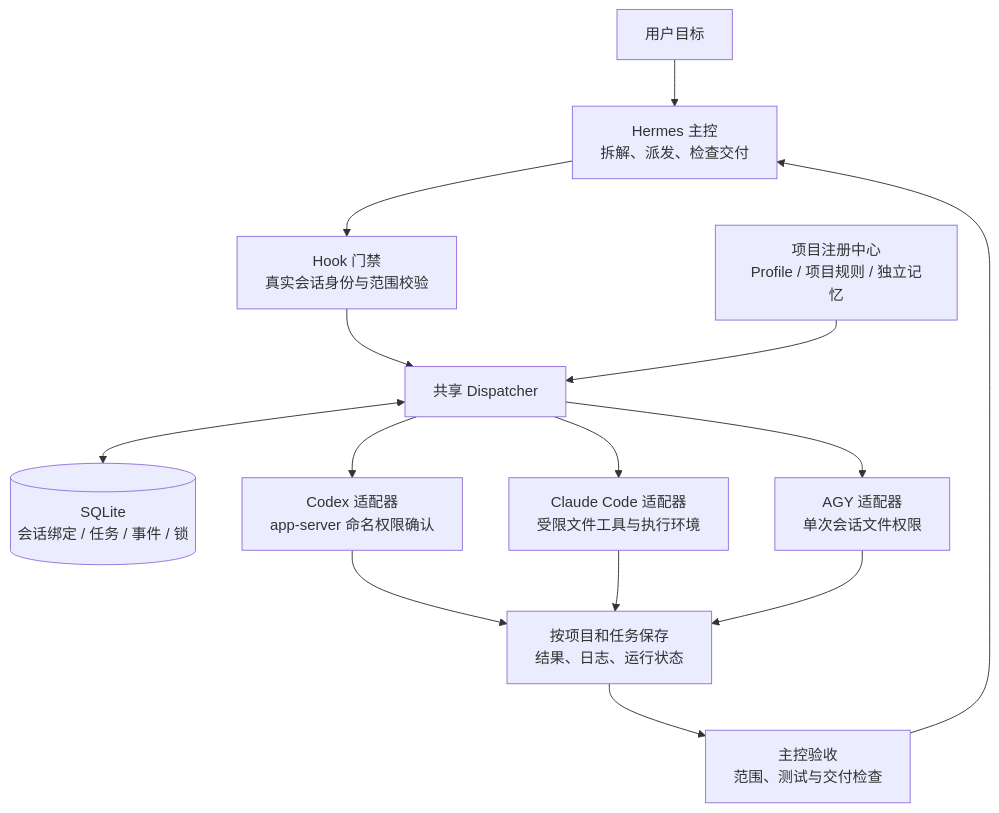
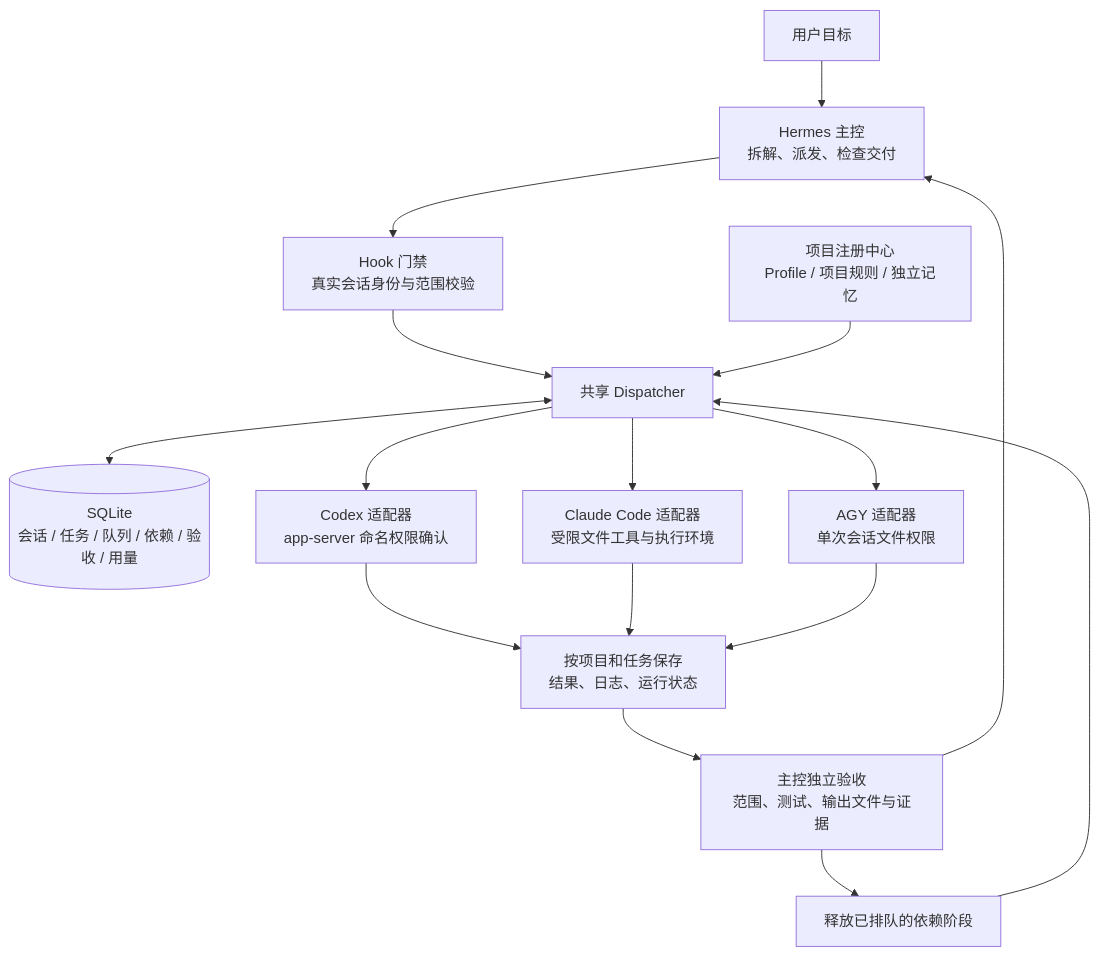
Before and after one commit to dyc19991225/hermes-team-v8: the diagram in README.md, drawn with Mermaid. The commit also changed other lines of this file and 10 other files, not shown here.

````diff
--- a/README.md
+++ b/README.md
@@ -26,16 +35,18 @@
 ```mermaid
 flowchart TD
     U[用户目标] --> H[Hermes 主控<br/>拆解、派发、检查交付]
     H --> G[Hook 门禁<br/>真实会话身份与范围校验]
     G --> D[共享 Dispatcher]
     P[项目注册中心<br/>Profile / 项目规则 / 独立记忆] --> D
-    D <--> S[(SQLite<br/>会话绑定 / 任务 / 事件 / 锁)]
+    D <--> S[(SQLite<br/>会话 / 任务 / 队列 / 依赖 / 验收 / 用量)]
     D --> C[Codex 适配器<br/>app-server 命名权限确认]
     D --> L[Claude Code 适配器<br/>受限文件工具与执行环境]
     D --> A[AGY 适配器<br/>单次会话文件权限]
     C --> R[按项目和任务保存<br/>结果、日志、运行状态]
     L --> R
     A --> R
-    R --> V[主控验收<br/>范围、测试与交付检查]
+    R --> V[主控独立验收<br/>范围、测试、输出文件与证据]
+    V --> Q[释放已排队的依赖阶段]
+    Q --> D
     V --> H
 ```
````
